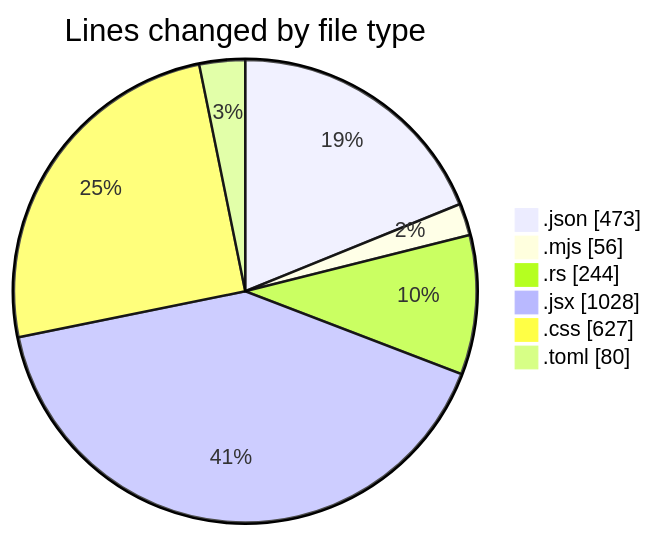
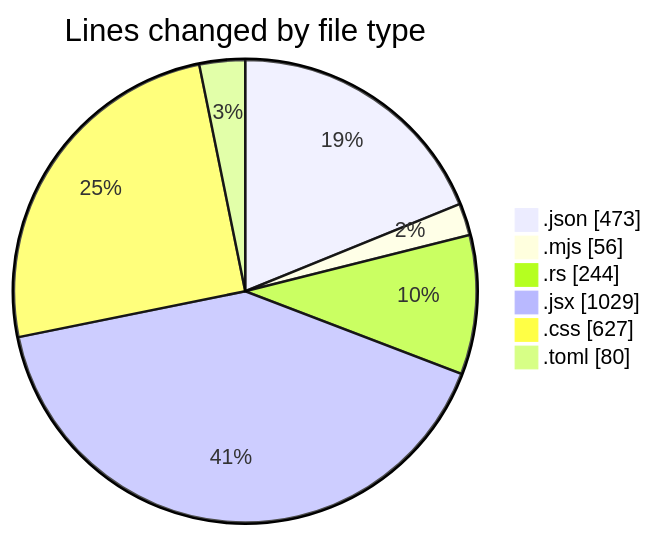
One commit to charlie-sans/code-tracking changed the first of 2 diagrams in 2025-01-28/trollerboard/README.md. Above: the diagram before and after it, drawn with Mermaid. The commit also changed other lines of this file and 1 other file, not shown here.

````diff
--- a/2025-01-28/trollerboard/README.md
+++ b/2025-01-28/trollerboard/README.md
@@ -30,10 +30,10 @@
 ```mermaid
 pie showData
 title Lines changed by file type
 ".json" : 473
 ".mjs" : 56
 ".rs" : 244
-".jsx" : 1028
+".jsx" : 1029
 ".css" : 627
 ".toml" : 80
 ```
````
